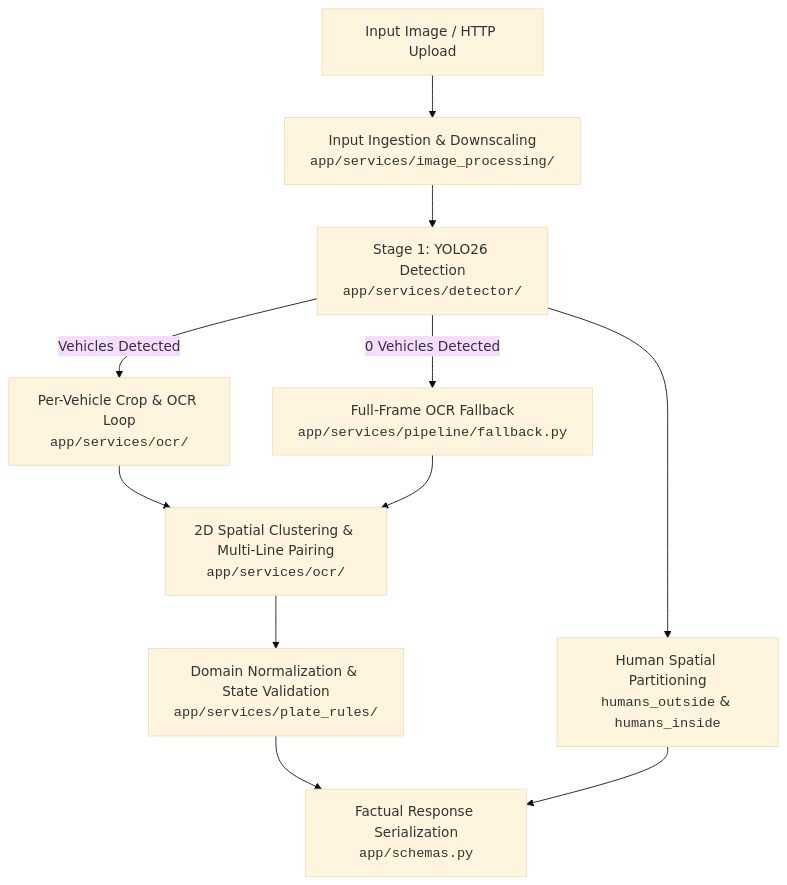
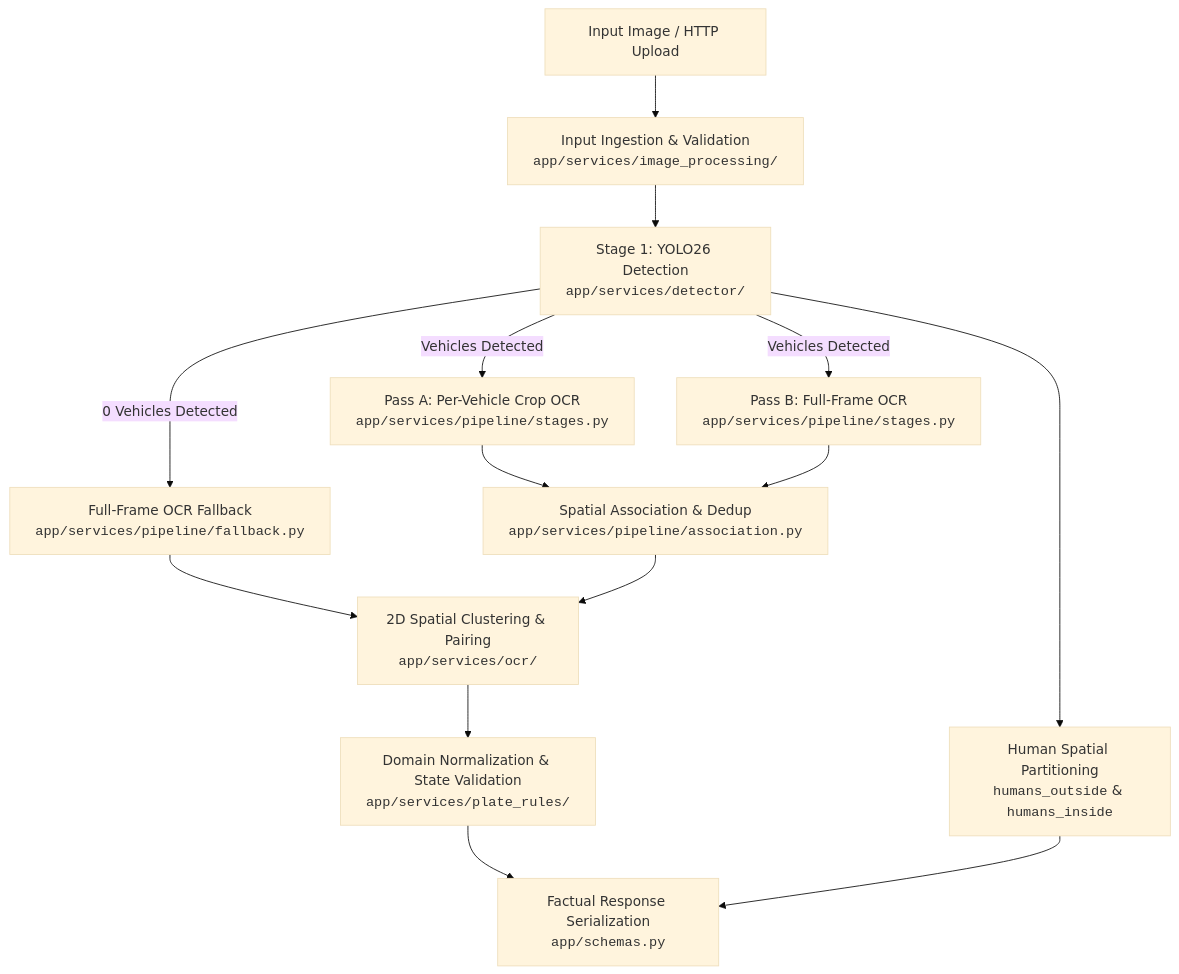
The diagram in docs/ARCHITECTURE.md (dheereshag/argus), drawn with Mermaid (base theme) before and after one commit. The commit also changed other lines of this file and 16 other files, not shown here.

Commit message:
feat: add full-frame plate spatial association and expand vehicle classification

````diff
--- a/docs/ARCHITECTURE.md
+++ b/docs/ARCHITECTURE.md
@@ -11,17 +11,20 @@
 ```mermaid
 flowchart TD
-    A[Input Image / HTTP Upload] --> B[Input Ingestion & Downscaling<br/><code>app/services/image_processing/</code>]
+    A[Input Image / HTTP Upload] --> B[Input Ingestion & Validation<br/><code>app/services/image_processing/</code>]
     B --> C[Stage 1: YOLO26 Detection<br/><code>app/services/detector/</code>]
     
     C --> H1[Human Spatial Partitioning<br/><code>humans_outside</code> & <code>humans_inside</code>]
     
-    C -- Vehicles Detected --> D[Per-Vehicle Crop & OCR Loop<br/><code>app/services/ocr/</code>]
+    C -- Vehicles Detected --> D[Pass A: Per-Vehicle Crop OCR<br/><code>app/services/pipeline/stages.py</code>]
+    C -- Vehicles Detected --> E1[Pass B: Full-Frame OCR<br/><code>app/services/pipeline/stages.py</code>]
     C -- 0 Vehicles Detected --> E2[Full-Frame OCR Fallback<br/><code>app/services/pipeline/fallback.py</code>]
     
-    D --> F[2D Spatial Clustering & Multi-Line Pairing<br/><code>app/services/ocr/</code>]
-    E2 --> F
+    D --> S[Spatial Association & Dedup<br/><code>app/services/pipeline/association.py</code>]
+    E1 --> S
+    E2 --> F[2D Spatial Clustering & Pairing<br/><code>app/services/ocr/</code>]
+    S --> F
     
     F --> G[Domain Normalization & State Validation<br/><code>app/services/plate_rules/</code>]
     G --> H[Factual Response Serialization<br/><code>app/schemas.py</code>]
     H1 --> H
 ```
````
